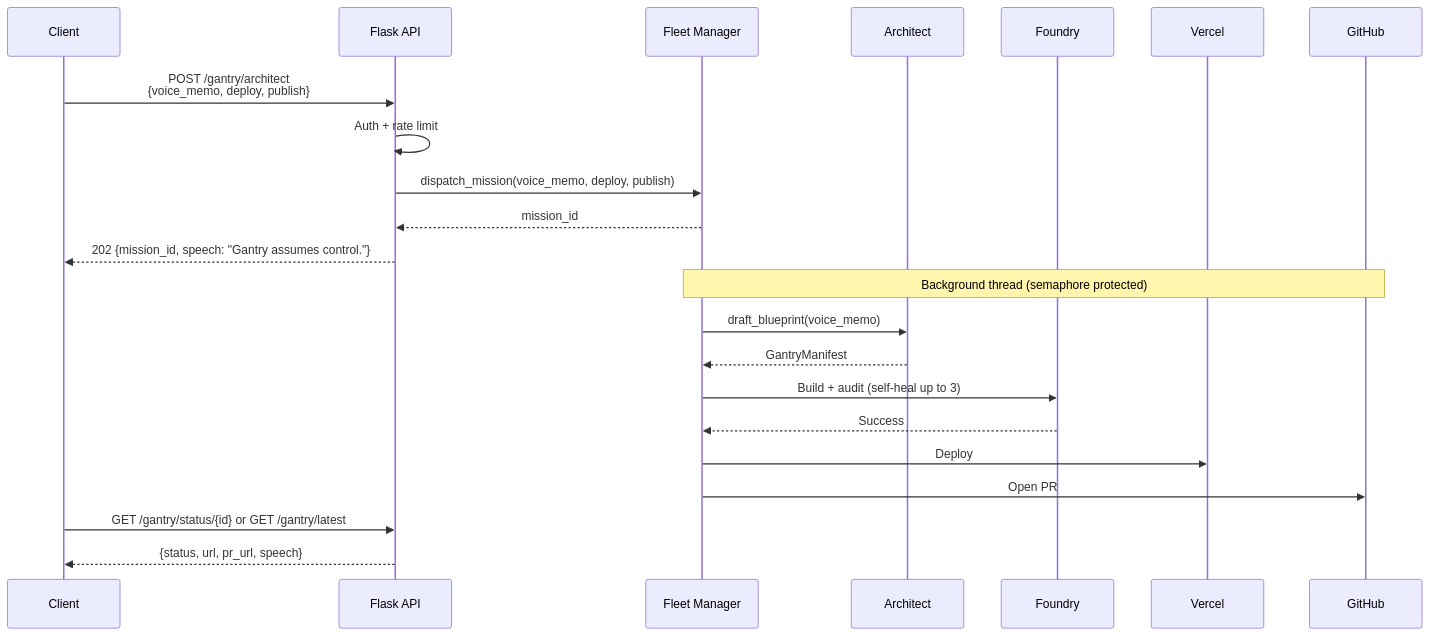
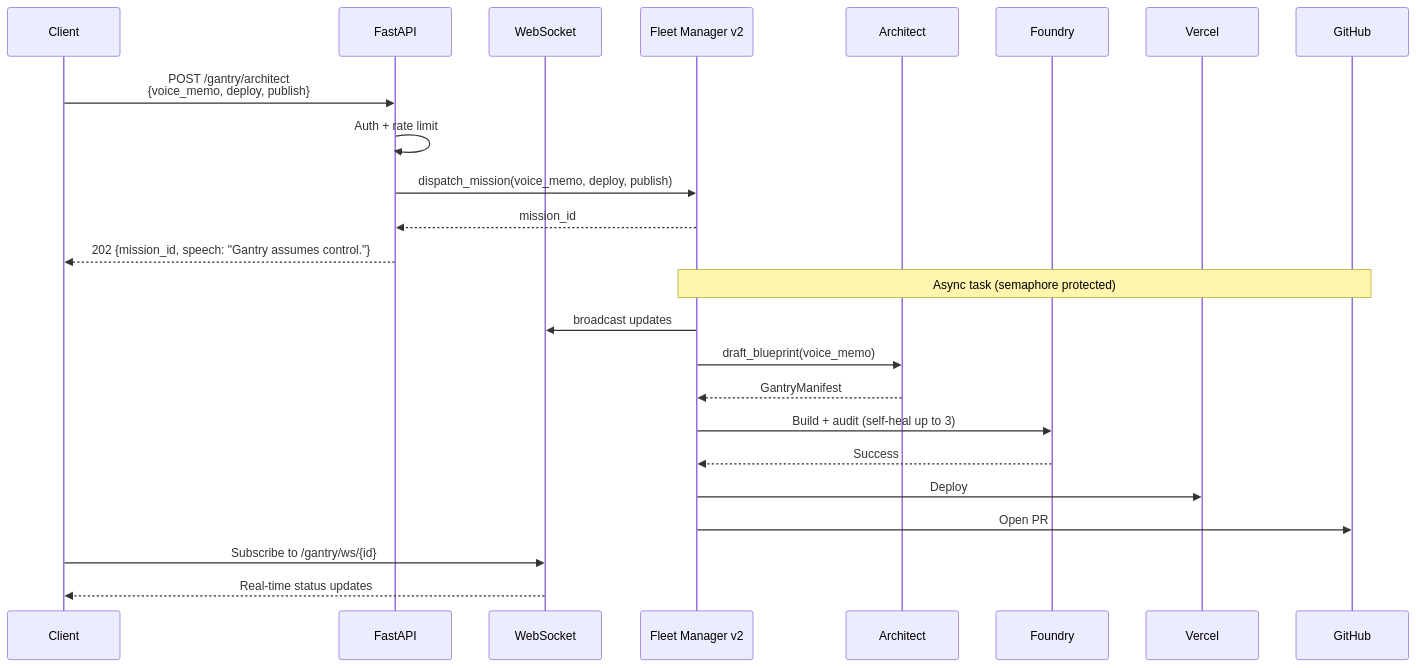
One commit to Jarvis2021/gantry changed the third of 4 diagrams in ARCHITECTURE.md. Above: the diagram before and after it, drawn with Mermaid. The commit also changed other lines of this file and 6 other files, not shown here.

First line of the commit message:
feat: Complete FastAPI migration with V7.0 2026 architecture

````diff
--- a/ARCHITECTURE.md
+++ b/ARCHITECTURE.md
@@ -171,27 +234,29 @@
 ```mermaid
 sequenceDiagram
     participant Client as Client
-    participant API as Flask API
-    participant Fleet as Fleet Manager
+    participant API as FastAPI
+    participant WS as WebSocket
+    participant Fleet as Fleet Manager v2
     participant Architect as Architect
     participant Pod as Foundry
     participant Vercel as Vercel
     participant GitHub as GitHub
 
     Client->>API: POST /gantry/architect<br/>{voice_memo, deploy, publish}
     API->>API: Auth + rate limit
     API->>Fleet: dispatch_mission(voice_memo, deploy, publish)
     Fleet-->>API: mission_id
     API-->>Client: 202 {mission_id, speech: "Gantry assumes control."}
 
-    Note over Fleet,GitHub: Background thread (semaphore protected)
+    Note over Fleet,GitHub: Async task (semaphore protected)
+    Fleet->>WS: broadcast updates
     Fleet->>Architect: draft_blueprint(voice_memo)
     Architect-->>Fleet: GantryManifest
     Fleet->>Pod: Build + audit (self-heal up to 3)
     Pod-->>Fleet: Success
     Fleet->>Vercel: Deploy
     Fleet->>GitHub: Open PR
 
-    Client->>API: GET /gantry/status/{id} or GET /gantry/latest
-    API-->>Client: {status, url, pr_url, speech}
+    Client->>WS: Subscribe to /gantry/ws/{id}
+    WS-->>Client: Real-time status updates
 ```
````
